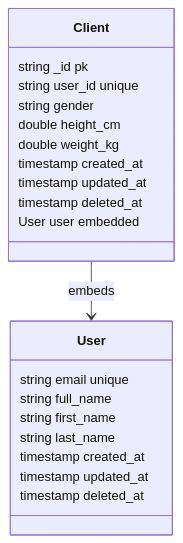
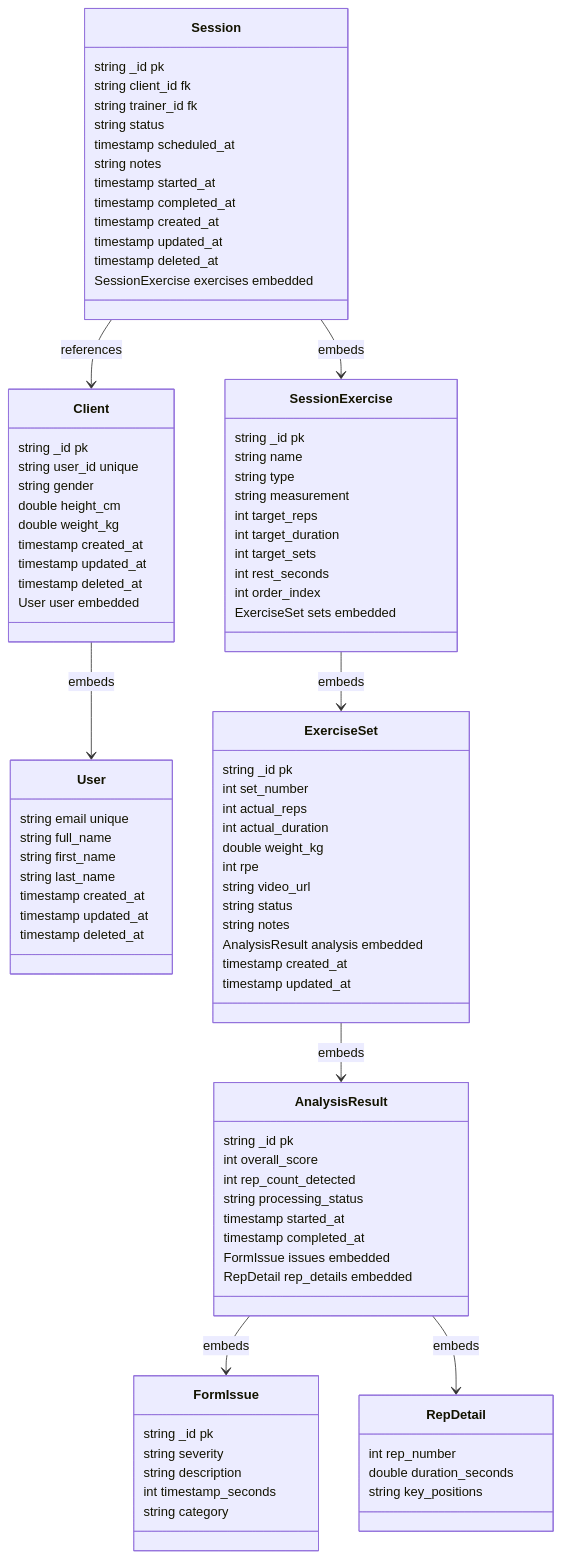
The diagram in doc/features/exercise.md (marco-leee/gymbo), drawn with Mermaid before and after one commit. The commit also changed other lines of this file and 144 other files, not shown here.

````diff
--- a/doc/features/exercise.md
+++ b/doc/features/exercise.md
@@ -449,5 +469,79 @@
         timestamp deleted_at
     }
 
+    class Session {
+        string _id pk
+        string client_id fk
+        string trainer_id fk
+        string status
+        timestamp scheduled_at
+        string notes
+        timestamp started_at
+        timestamp completed_at
+        timestamp created_at
+        timestamp updated_at
+        timestamp deleted_at
+        SessionExercise exercises embedded
+    }
+
+    class SessionExercise {
+        string _id pk
+        string name
+        string type
+        string measurement
+        int target_reps
+        int target_duration
+        int target_sets
+        int rest_seconds
+        int order_index
+        ExerciseSet sets embedded
+    }
+
+    class ExerciseSet {
+        string _id pk
+        int set_number
+        int actual_reps
+        int actual_duration
+        double weight_kg
+        int rpe
+        string video_url
+        string status
+        string notes
+        AnalysisResult analysis embedded
+        timestamp created_at
+        timestamp updated_at
+    }
+
+    class AnalysisResult {
+        string _id pk
+        int overall_score
+        int rep_count_detected
+        string processing_status
+        timestamp started_at
+        timestamp completed_at
+        FormIssue issues embedded
+        RepDetail rep_details embedded
+    }
+
+    class FormIssue {
+        string _id pk
+        string severity
+        string description
+        int timestamp_seconds
+        string category
+    }
+
+    class RepDetail {
+        int rep_number
+        double duration_seconds
+        string key_positions
+    }
+
     Client --> User : embeds
+    Session --> Client : references
+    Session --> SessionExercise : embeds
+    SessionExercise --> ExerciseSet : embeds
+    ExerciseSet --> AnalysisResult : embeds
+    AnalysisResult --> FormIssue : embeds
+    AnalysisResult --> RepDetail : embeds
 ```
````
